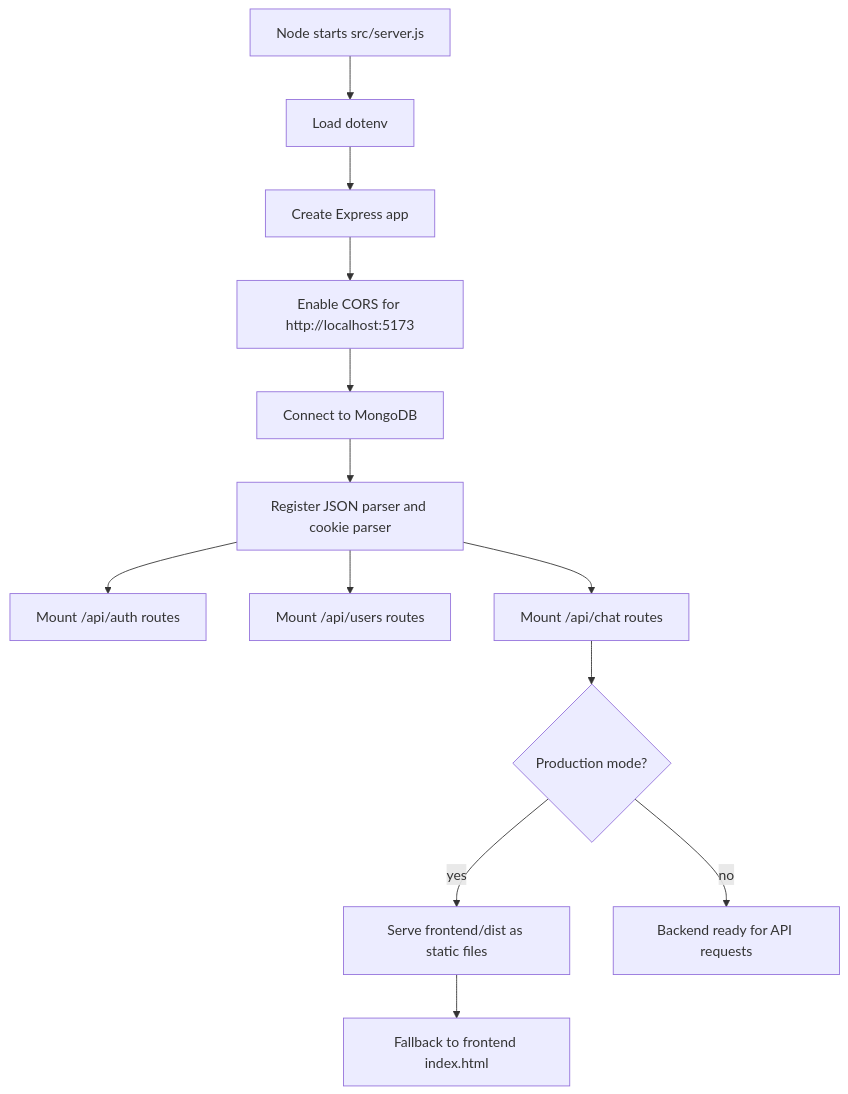
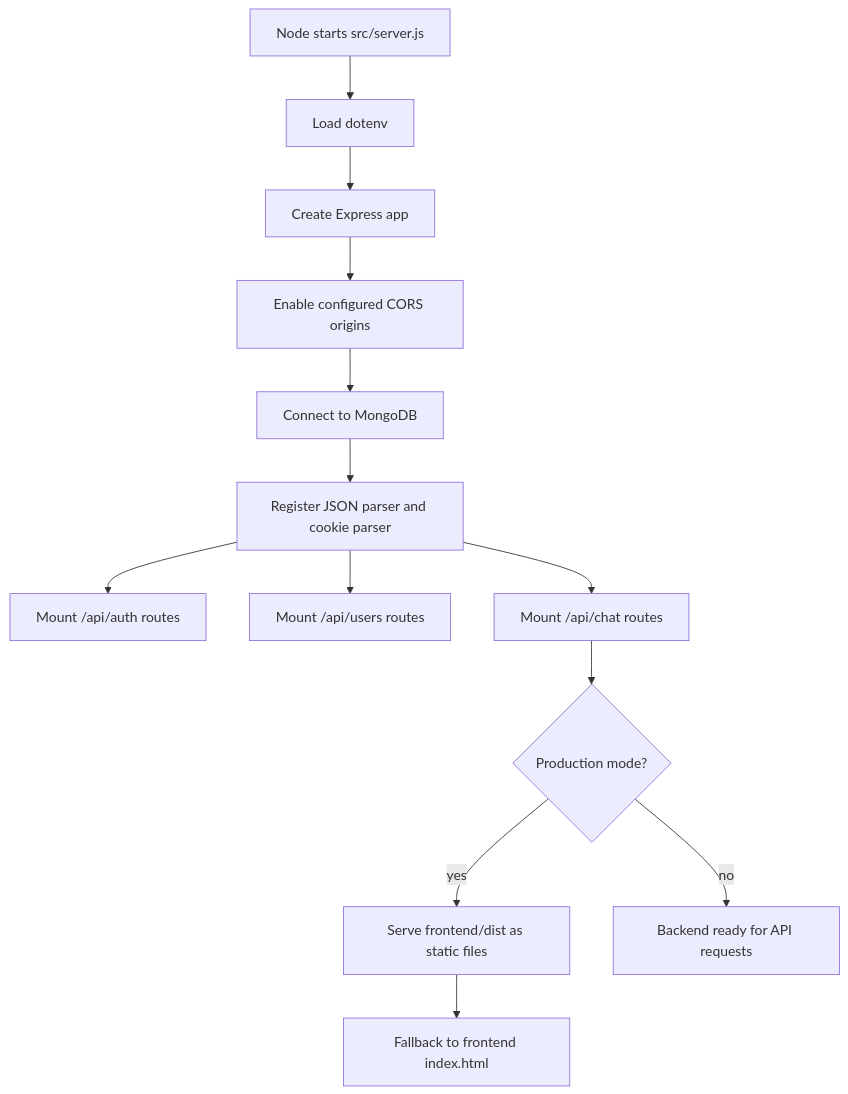
One commit to kiran0702/LingoVibe changed the diagram in backend/BACKEND_FLOW.md. Above: the diagram before and after it, drawn with Mermaid. The commit also changed other lines of this file and 4 other files, not shown here.

````diff
--- a/backend/BACKEND_FLOW.md
+++ b/backend/BACKEND_FLOW.md
@@ -7,15 +7,15 @@
 ```mermaid
 flowchart TD
   A[Node starts src/server.js] --> B[Load dotenv]
   B --> C[Create Express app]
-  C --> D[Enable CORS for http://localhost:5173]
+  C --> D[Enable configured CORS origins]
   D --> E[Connect to MongoDB]
   E --> F[Register JSON parser and cookie parser]
   F --> G[Mount /api/auth routes]
   F --> H[Mount /api/users routes]
   F --> I[Mount /api/chat routes]
   I --> J{Production mode?}
   J -- yes --> K[Serve frontend/dist as static files]
   K --> L[Fallback to frontend index.html]
   J -- no --> M[Backend ready for API requests]
 ```
````
